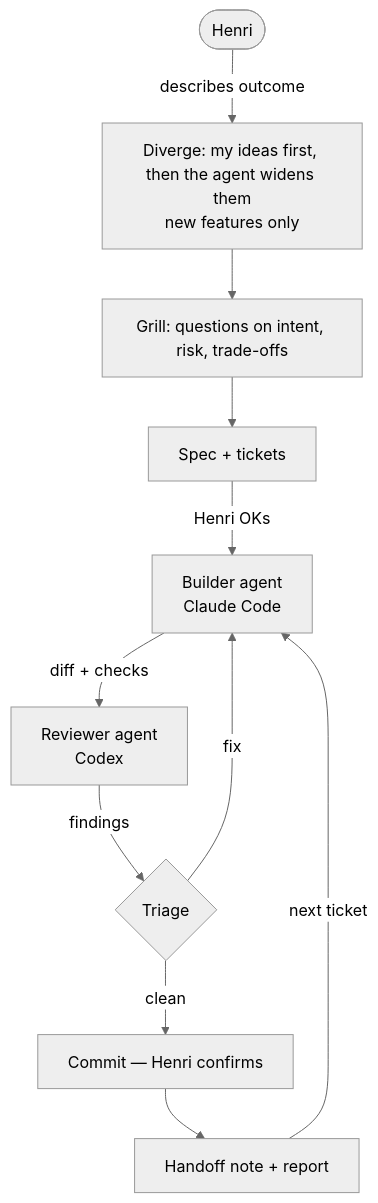
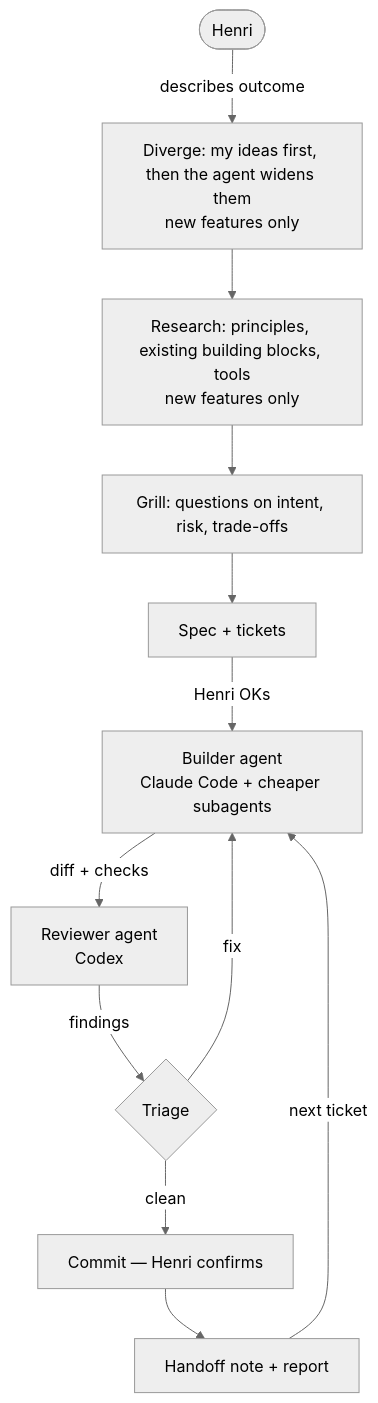
The diagram in README.md (henribauer/how-i-build), drawn with Mermaid (neutral theme) before and after one commit. The commit also changed other lines of this file, not shown here.

Commit message:
docs: add research step 0b and subagent model allocation

````diff
--- a/README.md
+++ b/README.md
@@ -22,13 +22,14 @@
 ```mermaid
 flowchart TD
     H([Henri]) -->|describes outcome| D[Diverge: my ideas first, then the agent widens them<br/>new features only]
-    D --> G[Grill: questions on intent, risk, trade-offs]
+    D --> RS[Research: principles, existing building blocks, tools<br/>new features only]
+    RS --> G[Grill: questions on intent, risk, trade-offs]
     G --> S[Spec + tickets]
-    S -->|Henri OKs| B[Builder agent<br/>Claude Code]
+    S -->|Henri OKs| B[Builder agent<br/>Claude Code + cheaper subagents]
     B -->|diff + checks| R[Reviewer agent<br/>Codex]
     R -->|findings| T{Triage}
     T -->|fix| B
     T -->|clean| C[Commit — Henri confirms]
     C --> N[Handoff note + report]
     N -->|next ticket| B
 ```
````
